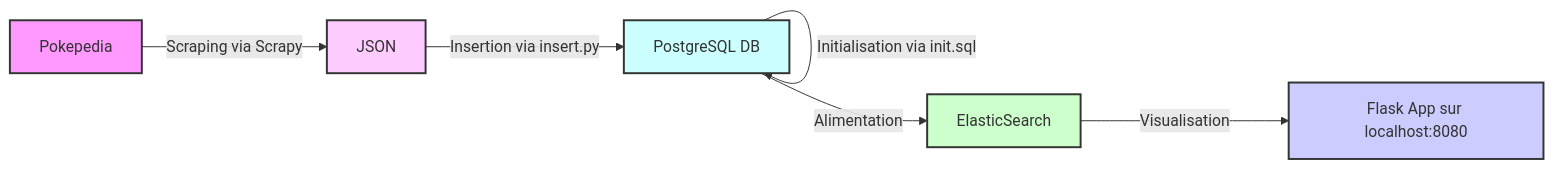
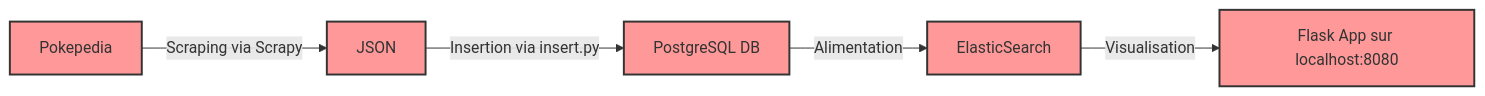
The diagram in ReadMe.md (WhiteWall13/DataEngineering_Pokepedia), drawn with Mermaid before and after one commit.

Commit message:
graph updated

````diff
--- a/ReadMe.md
+++ b/ReadMe.md
@@ -63,14 +63,13 @@
 ```mermaid
 graph LR
     A[Pokepedia] -->|Scraping via Scrapy| B[JSON]
     B -->|Insertion via insert.py| C[PostgreSQL DB]
-    C -->|Initialisation via init.sql| C
     C -->|Alimentation| D[ElasticSearch]
     D -->|Visualisation| E[Flask App sur localhost:8080]
 
-    style A fill:#f9f,stroke:#333,stroke-width:2px
-    style B fill:#fcf,stroke:#333,stroke-width:2px
-    style C fill:#cff,stroke:#333,stroke-width:2px
-    style D fill:#cfc,stroke:#333,stroke-width:2px
-    style E fill:#ccf,stroke:#333,stroke-width:2px
+    style A fill:#f99,stroke:#333,stroke-width:2px
+    style B fill:#f99,stroke:#333,stroke-width:2px
+    style C fill:#f99,stroke:#333,stroke-width:2px
+    style D fill:#f99,stroke:#333,stroke-width:2px
+    style E fill:#f99,stroke:#333,stroke-width:2px
 ```
````
